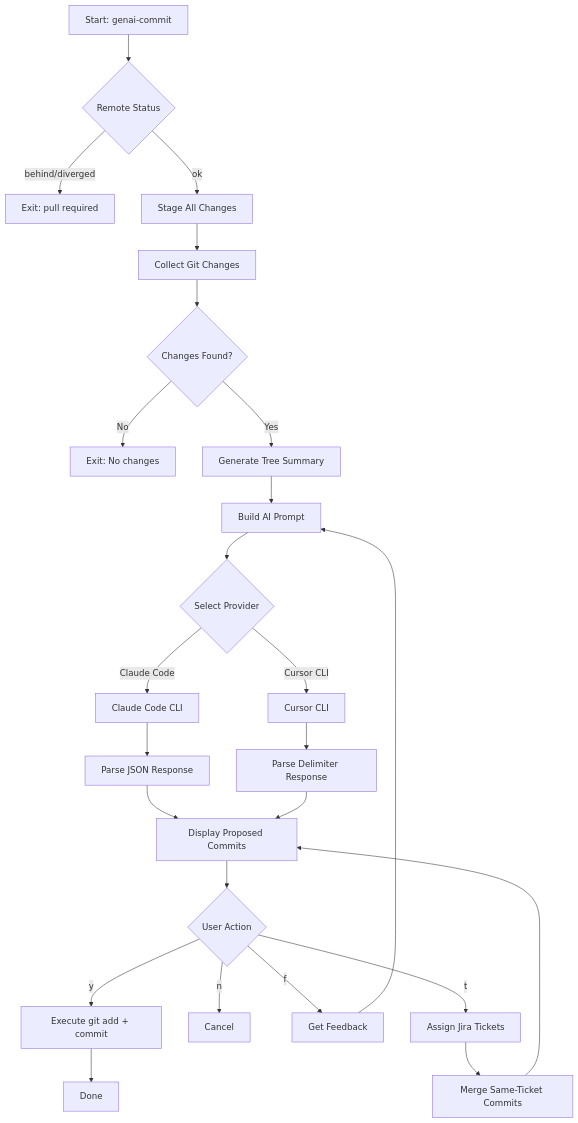
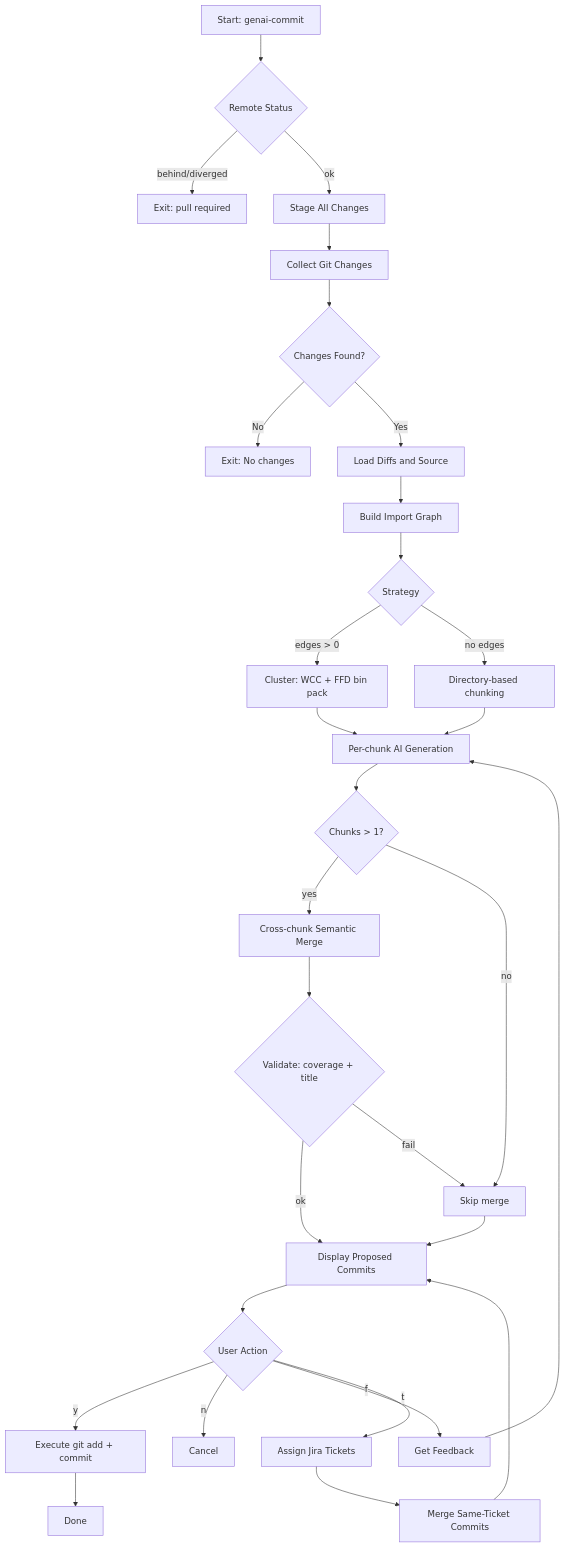
The diagram in README.md (Seungwoo321/genai-commit), drawn with Mermaid before and after one commit. The commit also changed other lines of this file and 19 other files, not shown here.

First line of the commit message:
Add cluster-aware chunking and cross-chunk semantic merge (#39)

````diff
--- a/README.md
+++ b/README.md
@@ -38,27 +40,32 @@
 ```mermaid
 flowchart TD
     A[Start: genai-commit] --> A1{Remote Status}
     A1 -->|behind/diverged| A2[Exit: pull required]
     A1 -->|ok| A3[Stage All Changes]
     A3 --> B[Collect Git Changes]
     B --> C{Changes Found?}
     C -->|No| D[Exit: No changes]
-    C -->|Yes| E[Generate Tree Summary]
-    E --> F[Build AI Prompt]
-    F --> G{Select Provider}
-    G -->|Claude Code| H[Claude Code CLI]
-    G -->|Cursor CLI| I[Cursor CLI]
-    H --> J[Parse JSON Response]
-    I --> K[Parse Delimiter Response]
-    J --> L[Display Proposed Commits]
+    C -->|Yes| E[Load Diffs and Source]
+    E --> F[Build Import Graph]
+    F --> G{Strategy}
+    G -->|edges > 0| G1[Cluster: WCC + FFD bin pack]
+    G -->|no edges| G2[Directory-based chunking]
+    G1 --> H[Per-chunk AI Generation]
+    G2 --> H
+    H --> I{Chunks &gt; 1?}
+    I -->|yes| J[Cross-chunk Semantic Merge]
+    I -->|no| K[Skip merge]
+    J --> J1{Validate: coverage + title}
+    J1 -->|ok| L[Display Proposed Commits]
+    J1 -->|fail| K
     K --> L
     L --> M{User Action}
     M -->|y| N[Execute git add + commit]
     M -->|n| O[Cancel]
     M -->|f| P[Get Feedback]
     M -->|t| Q[Assign Jira Tickets]
-    P --> F
+    P --> H
     Q --> R[Merge Same-Ticket Commits]
     R --> L
     N --> S[Done]
 ```
````
